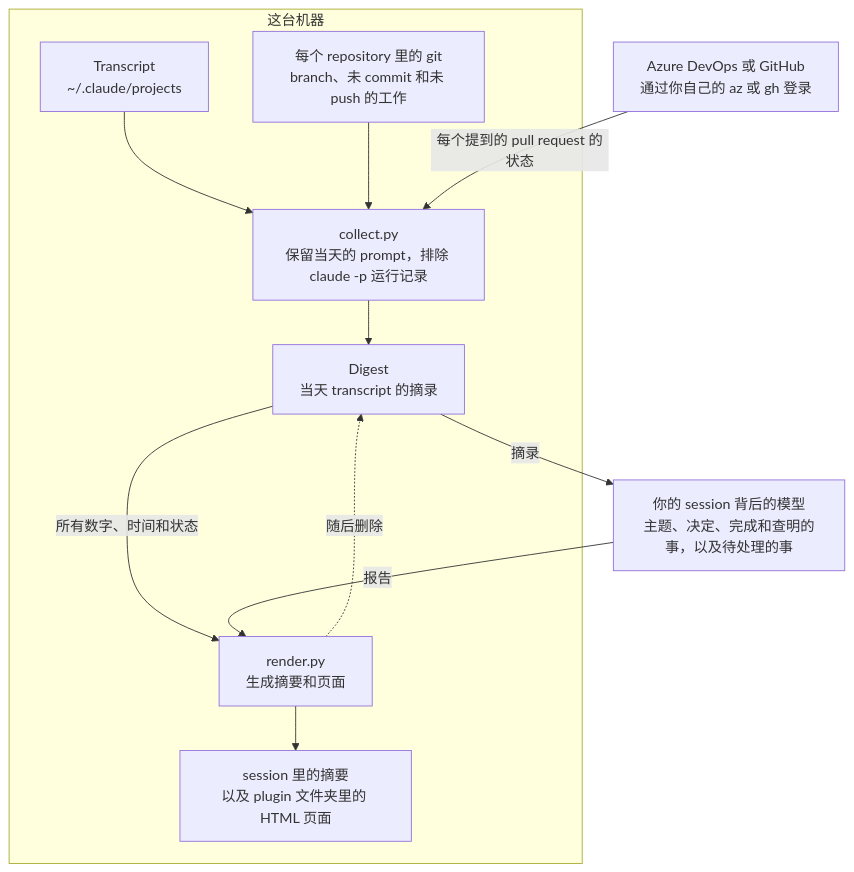
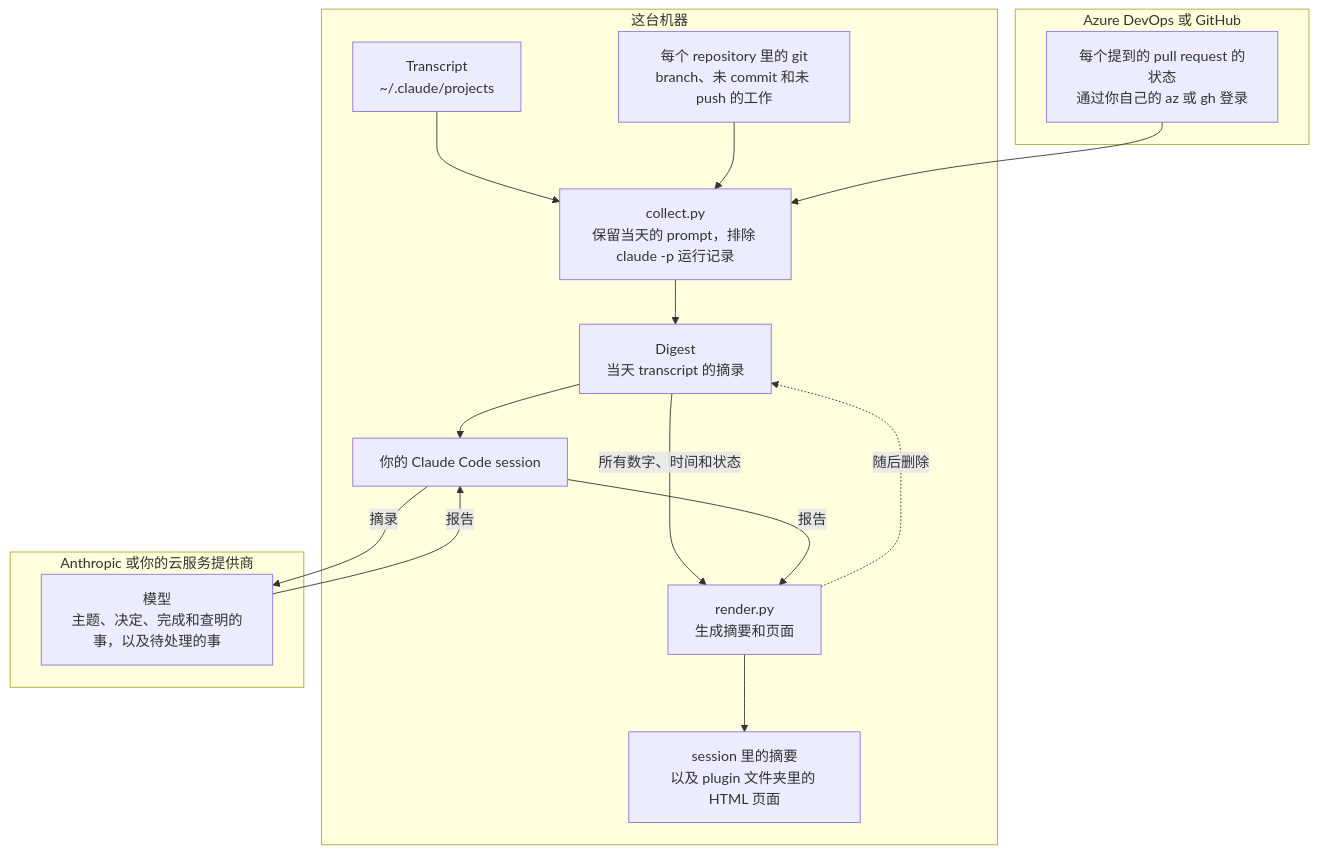
Before and after one commit to softwareone-platform/tundra: the diagram in plugins/remind-me/README.zh-CN.md, drawn with Mermaid. The commit also changed other lines of this file and 11 other files, not shown here.

````diff
--- a/plugins/remind-me/README.zh-CN.md
+++ b/plugins/remind-me/README.zh-CN.md
@@ -36,14 +41,22 @@
 ```mermaid
 flowchart TB
     subgraph machine["这台机器"]
         transcripts["Transcript<br>~/.claude/projects"] --> collect
         git["每个 repository 里的 git<br>branch、未 commit 和未 push 的工作"] --> collect
         collect["collect.py<br>保留当天的 prompt，排除 claude -p 运行记录"] --> digest["Digest<br>当天 transcript 的摘录"]
+        digest --> session["你的 Claude Code session"]
         digest -- 所有数字、时间和状态 --> render["render.py<br>生成摘要和页面"]
+        session -- 报告 --> render
         render --> page["session 里的摘要<br>以及 plugin 文件夹里的 HTML 页面"]
         render -. 随后删除 .-> digest
     end
-    remote["Azure DevOps 或 GitHub<br>通过你自己的 az 或 gh 登录"] -- 每个提到的 pull request 的状态 --> collect
-    digest -- 摘录 --> model["你的 session 背后的模型<br>主题、决定、完成和查明的事，以及待处理的事"]
-    model -- 报告 --> render
+    subgraph provider["Anthropic 或你的云服务提供商"]
+        model["模型<br>主题、决定、完成和查明的事，以及待处理的事"]
+    end
+    subgraph host["Azure DevOps 或 GitHub"]
+        remote["每个提到的 pull request 的状态<br>通过你自己的 az 或 gh 登录"]
+    end
+    session -- 摘录 --> model
+    model -- 报告 --> session
+    remote --> collect
 ```
````
